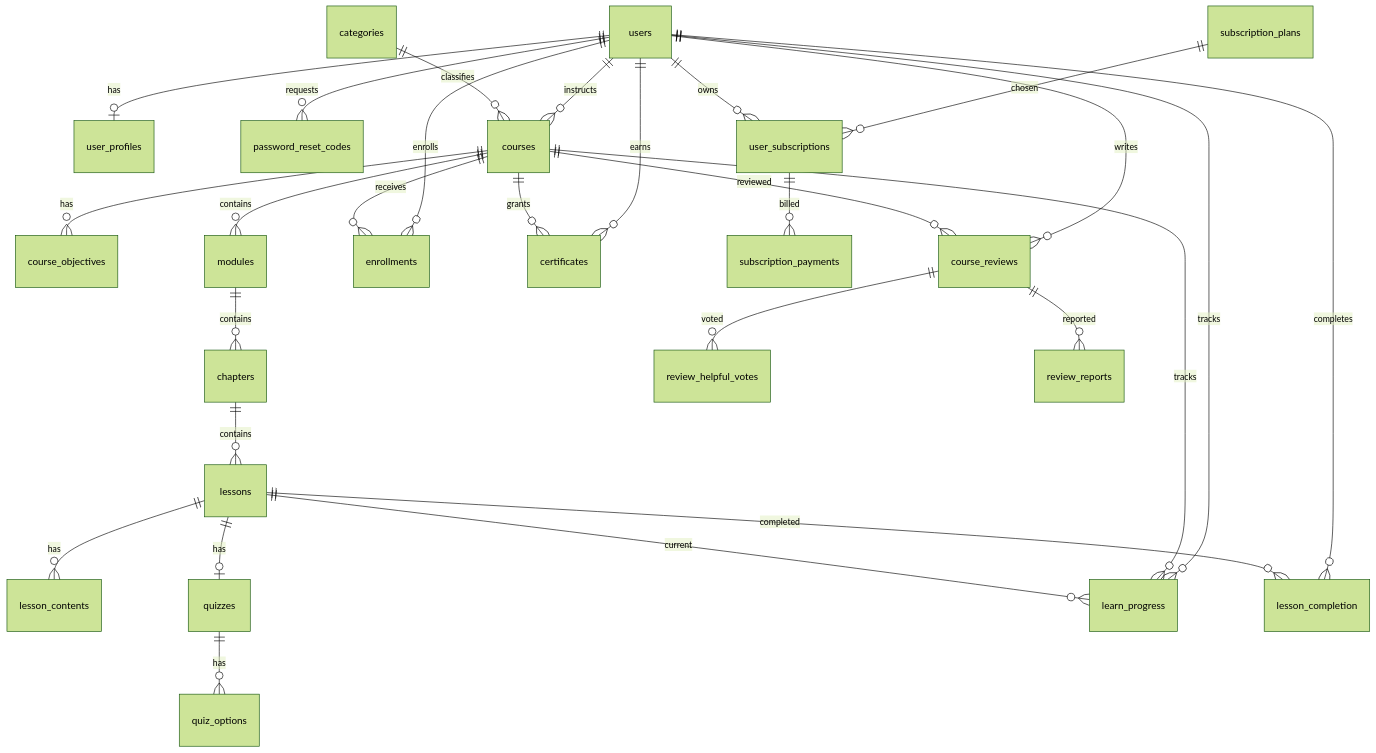
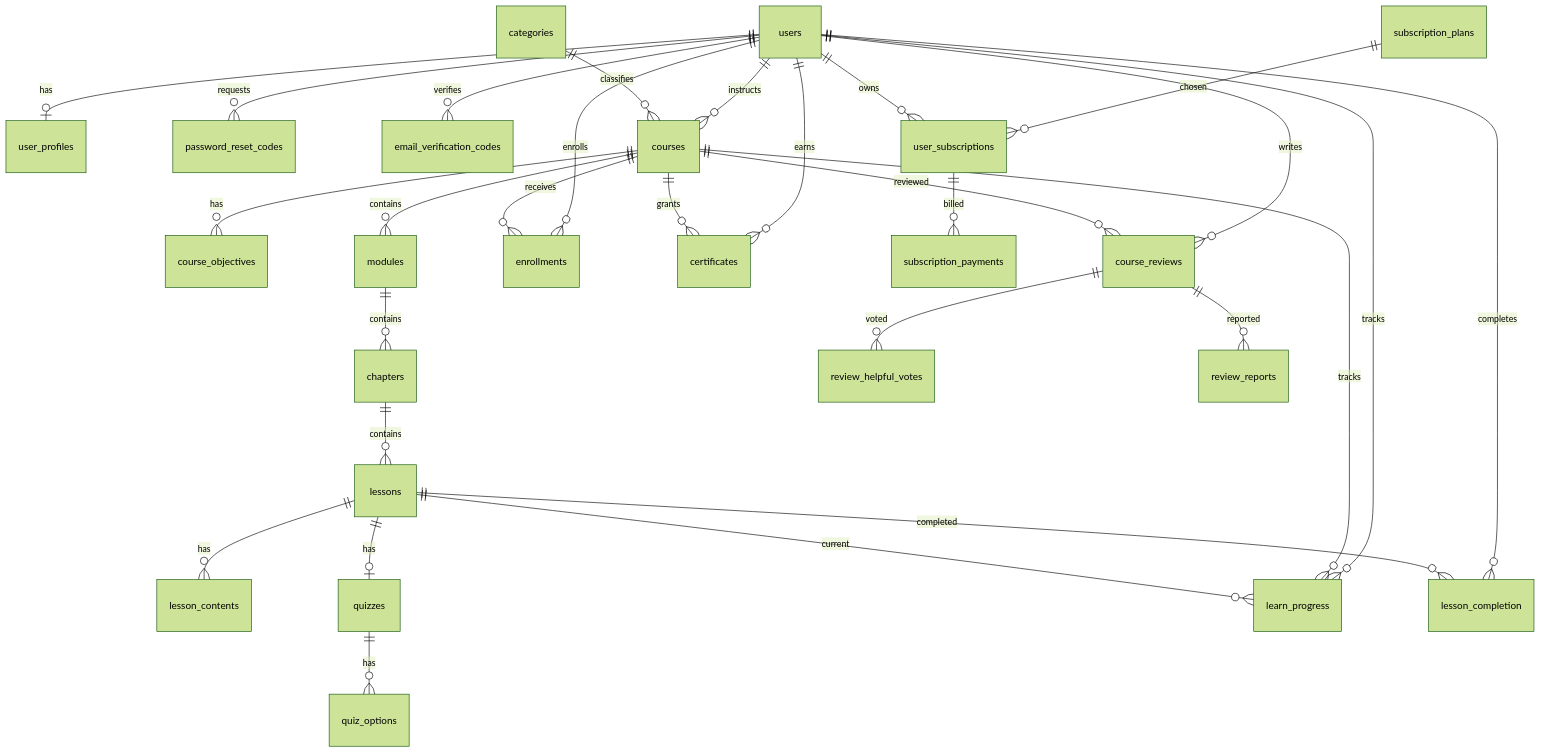
One commit to Rafy-Tho/LearnSphere changed the diagram in docs/04-design/database-design.md. Above: the diagram before and after it, drawn with Mermaid (forest theme). The commit also changed other lines of this file and 23 other files, not shown here.

First line of the commit message:
feat(auth): add email verification for registration and login

````diff
--- a/docs/04-design/database-design.md
+++ b/docs/04-design/database-design.md
@@ -18,30 +18,31 @@
 ```mermaid
 erDiagram
   users ||--o| user_profiles : has
   users ||--o{ password_reset_codes : requests
+  users ||--o{ email_verification_codes : verifies
   users ||--o{ courses : instructs
   categories ||--o{ courses : classifies
   courses ||--o{ course_objectives : has
   courses ||--o{ modules : contains
   modules ||--o{ chapters : contains
   chapters ||--o{ lessons : contains
   lessons ||--o{ lesson_contents : has
   lessons ||--o| quizzes : has
   quizzes ||--o{ quiz_options : has
   users ||--o{ enrollments : enrolls
   courses ||--o{ enrollments : receives
   users ||--o{ learn_progress : tracks
   courses ||--o{ learn_progress : tracks
   lessons ||--o{ learn_progress : current
   users ||--o{ lesson_completion : completes
   lessons ||--o{ lesson_completion : completed
   users ||--o{ certificates : earns
   courses ||--o{ certificates : grants
   subscription_plans ||--o{ user_subscriptions : chosen
   users ||--o{ user_subscriptions : owns
   user_subscriptions ||--o{ subscription_payments : billed
   users ||--o{ course_reviews : writes
   courses ||--o{ course_reviews : reviewed
   course_reviews ||--o{ review_helpful_votes : voted
   course_reviews ||--o{ review_reports : reported
 ```
````
